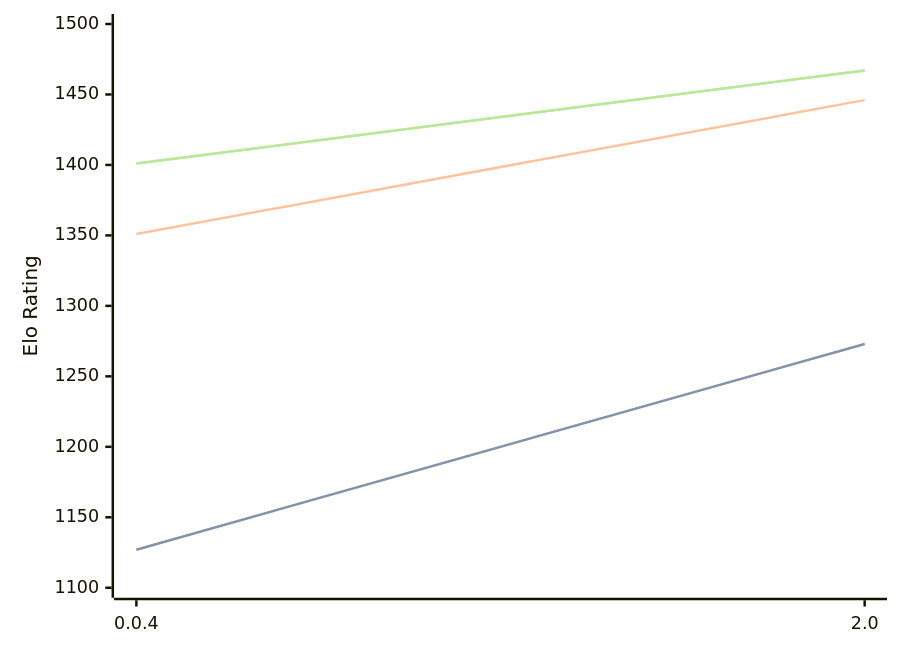
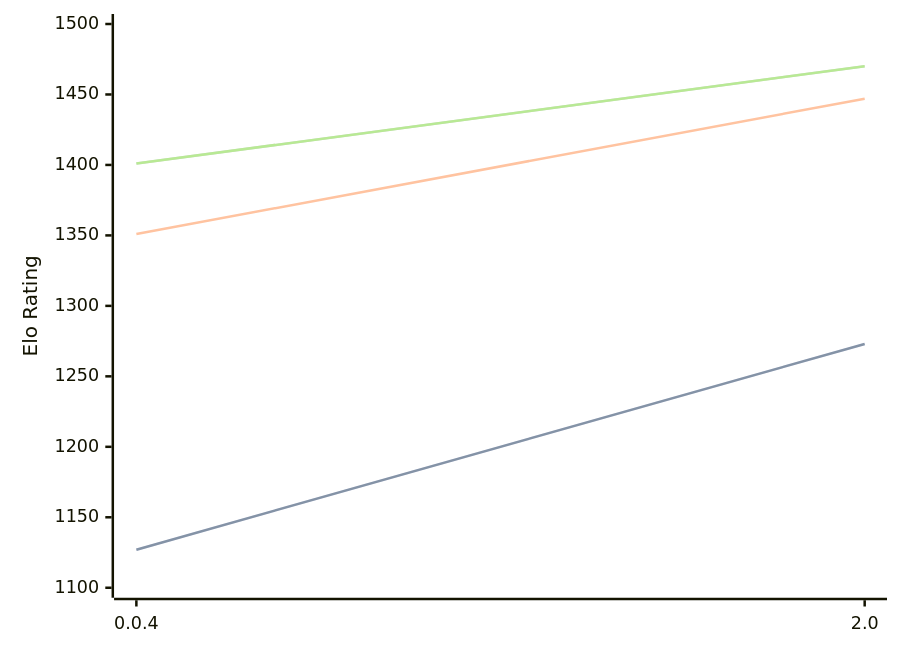
One commit to computer-chess-index/cci changed the diagram in engines/Oops!Mate.md. Above: the diagram before and after it, drawn with Mermaid. The commit also changed other lines of this file, not shown here.

Commit message:
Update CCI Ratings (ELO VLTC) - 2026-08-05

````diff
--- a/engines/Oops!Mate.md
+++ b/engines/Oops!Mate.md
@@ -52,11 +52,11 @@
 ```mermaid
 %%{init: {"theme":"base","themeVariables":{"seriesColors:['#a3a3a3','#222221','#faa371']}}}%%
 xychart-beta
   x-axis ["0.0.4", "2.0"]
   y-axis "Elo Rating" 1100 --> 1500
   line "STC (8.0+0.08s)" [1127, 1273]
   line "STC (8.0+0.08s)" [1127, 1273]
-  line "LTC (60.0+0.60s)" [1351, 1446]
-  line "VLTC (2m24s+1.12s)" [1401, 1467]
-  line "VLTC (2m24s+1.12s)" [1401, 1467]
+  line "LTC (60.0+0.60s)" [1351, 1447]
+  line "VLTC (2m24s+1.12s)" [1401, 1470]
+  line "VLTC (2m24s+1.12s)" [1401, 1470]
 ```
````
